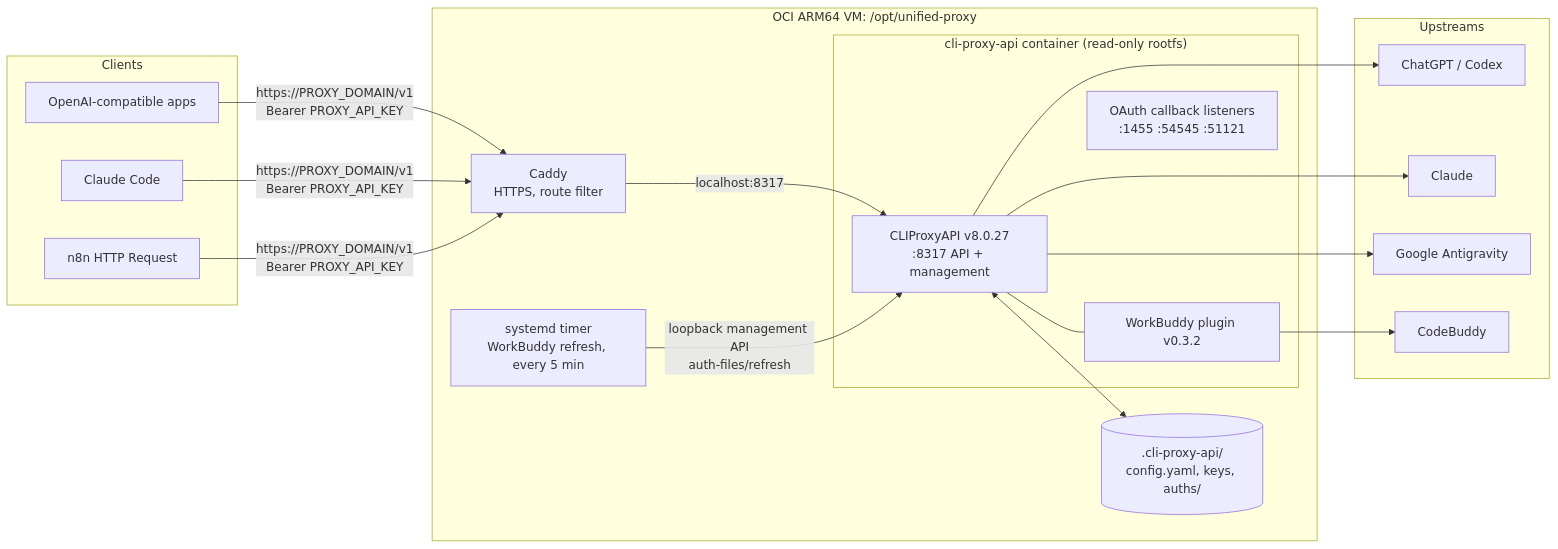
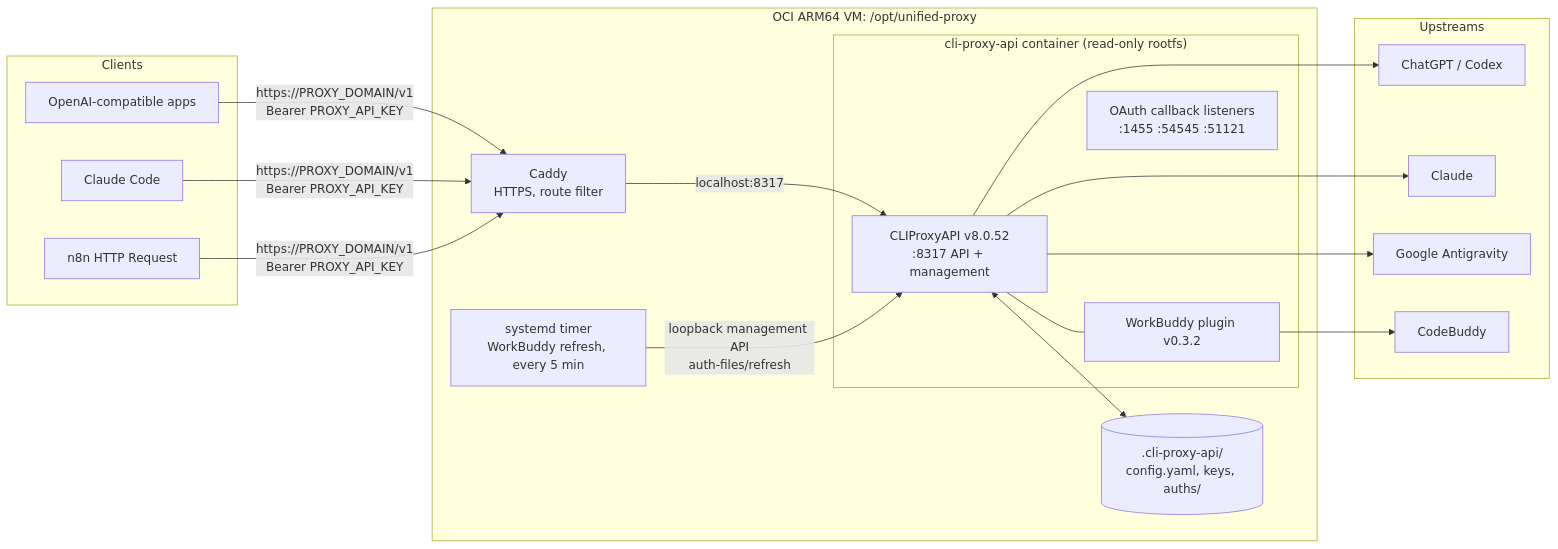
The first of 2 diagrams in docs/architecture.md (blue126/unified-proxy), drawn with Mermaid before and after one commit. The commit also changed 4 other files, not shown here.

First line of the commit message:
feat: upgrade CLIProxyAPI to v8.0.52

````diff
--- a/docs/architecture.md
+++ b/docs/architecture.md
@@ -7,34 +7,34 @@
 ```mermaid
 flowchart LR
     subgraph Clients
         C1[OpenAI-compatible apps]
         C2[Claude Code]
         C3[n8n HTTP Request]
     end
 
     subgraph VM["OCI ARM64 VM: /opt/unified-proxy"]
         Caddy[Caddy<br/>HTTPS, route filter]
         subgraph Container["cli-proxy-api container (read-only rootfs)"]
-            CPA[CLIProxyAPI v8.0.27<br/>:8317 API + management]
+            CPA[CLIProxyAPI v8.0.52<br/>:8317 API + management]
             WB[WorkBuddy plugin v0.3.2]
             CB[OAuth callback listeners<br/>:1455 :54545 :51121]
         end
         State[(.cli-proxy-api/<br/>config.yaml, keys, auths/)]
         Timer[systemd timer<br/>WorkBuddy refresh, every 5 min]
     end
 
     subgraph Upstreams
         U1[ChatGPT / Codex]
         U2[Claude]
         U3[Google Antigravity]
         U4[CodeBuddy]
     end
 
     C1 & C2 & C3 -->|"https://PROXY_DOMAIN/v1<br/>Bearer PROXY_API_KEY"| Caddy
     Caddy -->|localhost:8317| CPA
     CPA --- WB
     CPA <--> State
     Timer -->|"loopback management API<br/>auth-files/refresh"| CPA
     CPA --> U1 & U2 & U3
     WB --> U4
 ```
````
